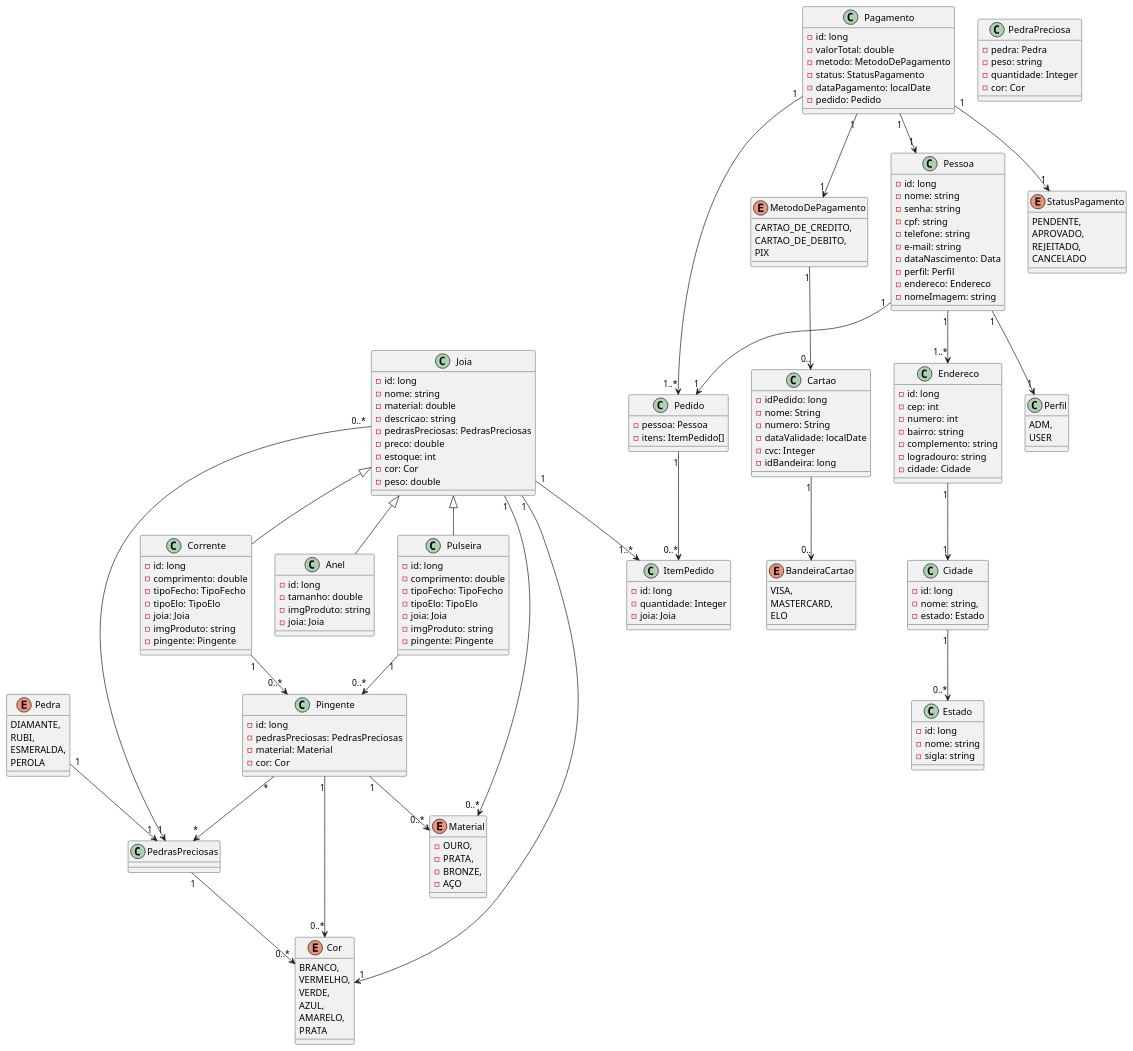
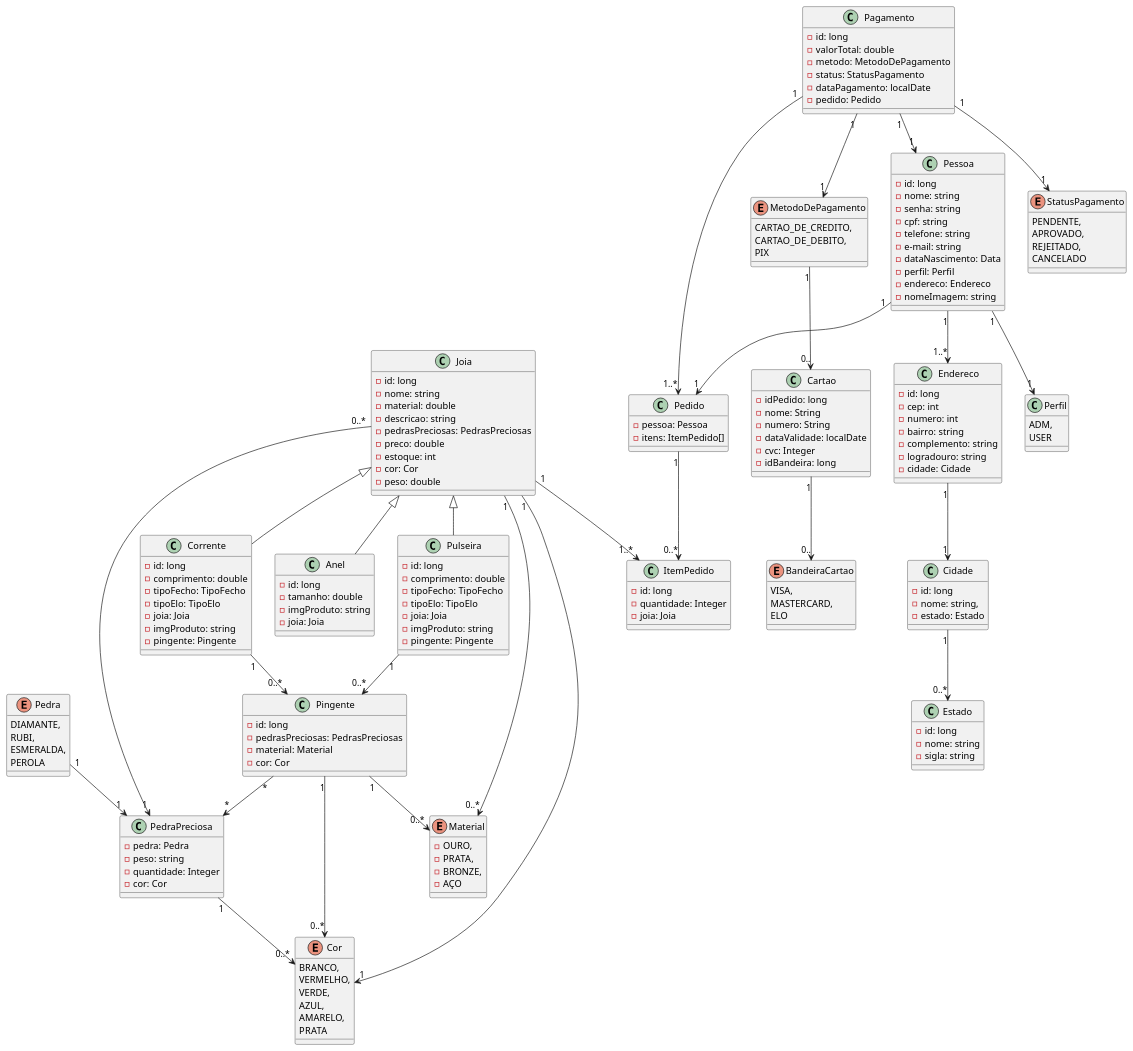
Before and after one commit to ThiagoShowza/back-end-topicos2: the diagram in src/main/resources/docs/diagrama.plantuml, drawn with PlantUML. The commit also changed 1 other file, not shown here.

Commit message:
add pom e uml

```diff
--- a/src/main/resources/docs/diagrama.plantuml
+++ b/src/main/resources/docs/diagrama.plantuml
@@ -179,7 +179,7 @@
 
 Pingente "1" --> "0..*" Material
 
-Pingente "*" --> "*" PedrasPreciosas
+Pingente "*" --> "*" PedraPreciosa
 
 Pulseira "1" --> "0..*" Pingente
 
@@ -191,11 +191,11 @@
 
 Joia "1" --> "0..*" Material
 
-Joia "0..*" --> "1" PedrasPreciosas
+Joia "0..*" --> "1" PedraPreciosa
 
-Pedra "1" --> "1" PedrasPreciosas
+Pedra "1" --> "1" PedraPreciosa
 
-PedrasPreciosas "1" --> "0..*" Cor
+PedraPreciosa "1" --> "0..*" Cor
 
 Pedido "1" --> "0..*" ItemPedido
 
```
